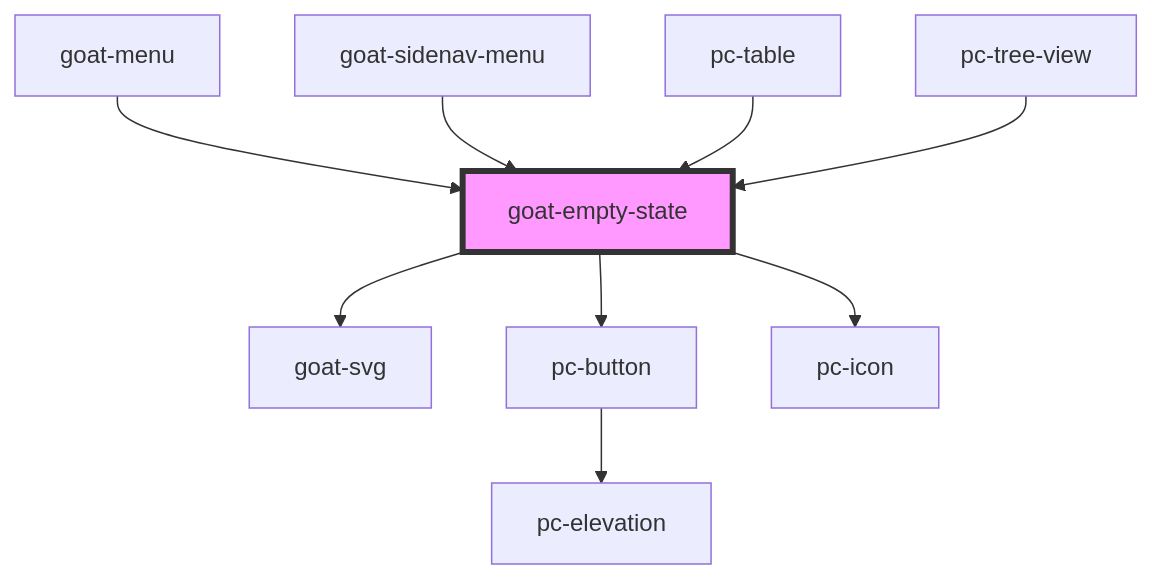
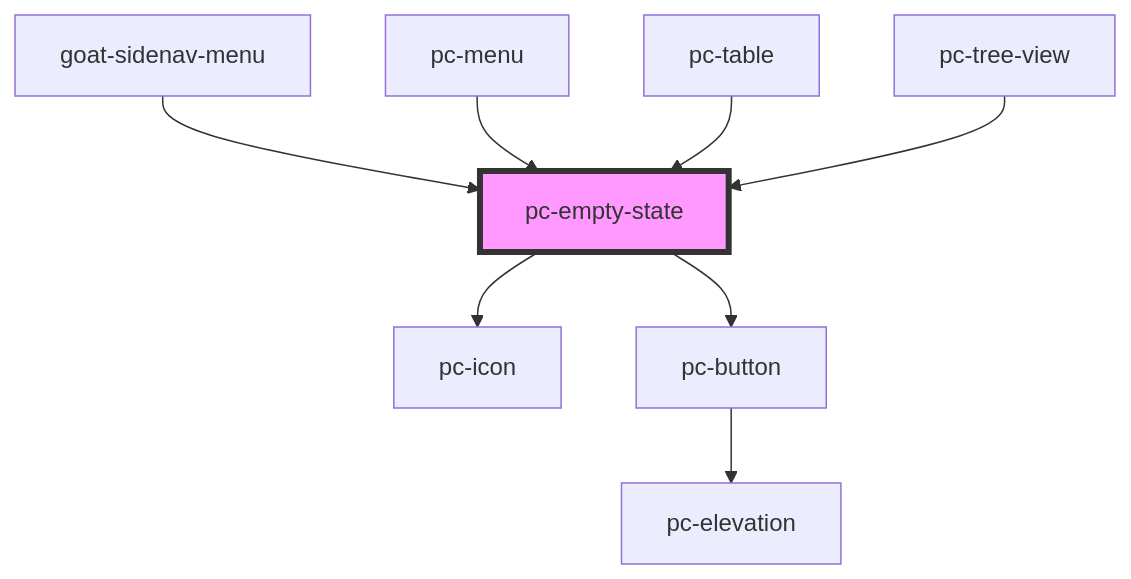
Before and after one commit to redvars/peacock: the diagram in src/components/application/empty-state/readme.md, drawn with Mermaid. The commit also changed other lines of this file and 299 other files, not shown here.

````diff
--- a/src/components/application/empty-state/readme.md
+++ b/src/components/application/empty-state/readme.md
@@ -37,12 +36,11 @@
 ```mermaid
 graph TD;
-  goat-empty-state --> goat-svg
-  goat-empty-state --> pc-button
-  goat-empty-state --> pc-icon
+  pc-empty-state --> pc-icon
+  pc-empty-state --> pc-button
   pc-button --> pc-elevation
-  goat-menu --> goat-empty-state
-  goat-sidenav-menu --> goat-empty-state
-  pc-table --> goat-empty-state
-  pc-tree-view --> goat-empty-state
-  style goat-empty-state fill:#f9f,stroke:#333,stroke-width:4px
+  goat-sidenav-menu --> pc-empty-state
+  pc-menu --> pc-empty-state
+  pc-table --> pc-empty-state
+  pc-tree-view --> pc-empty-state
+  style pc-empty-state fill:#f9f,stroke:#333,stroke-width:4px
 ```
````
